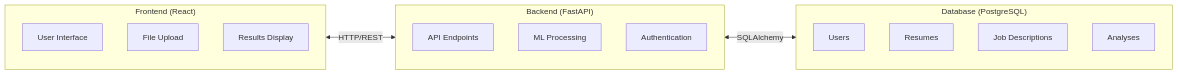
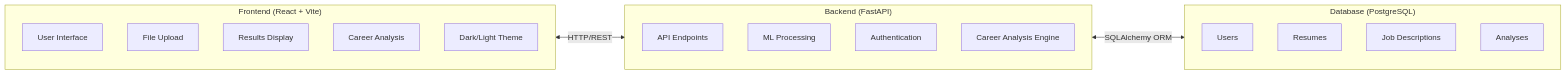
The first of 2 diagrams in Docs/ARCHITECTURE.md (LAIBAASIM555/AI-powered-Resume-Optimization-and-Job-Description-Alignment-SaaS-Application), drawn with Mermaid before and after one commit. The commit also changed other lines of this file and 6 other files, not shown here.

Commit message:
Fix: Register career router in API; Rewrite all Docs with accurate project analysis

````diff
--- a/Docs/ARCHITECTURE.md
+++ b/Docs/ARCHITECTURE.md
@@ -9,24 +9,27 @@
 ```mermaid
 flowchart LR
-    subgraph Frontend["Frontend (React)"]
+    subgraph Frontend["Frontend (React + Vite)"]
         A1[User Interface]
         A2[File Upload]
         A3[Results Display]
+        A4[Career Analysis]
+        A5[Dark/Light Theme]
     end
 
     subgraph Backend["Backend (FastAPI)"]
         B1[API Endpoints]
         B2[ML Processing]
         B3[Authentication]
+        B4[Career Analysis Engine]
     end
 
     subgraph Database["Database (PostgreSQL)"]
         C1[Users]
         C2[Resumes]
         C3[Job Descriptions]
         C4[Analyses]
     end
 
     Frontend <-->|HTTP/REST| Backend
-    Backend <-->|SQLAlchemy| Database
+    Backend <-->|SQLAlchemy ORM| Database
 ```
````
